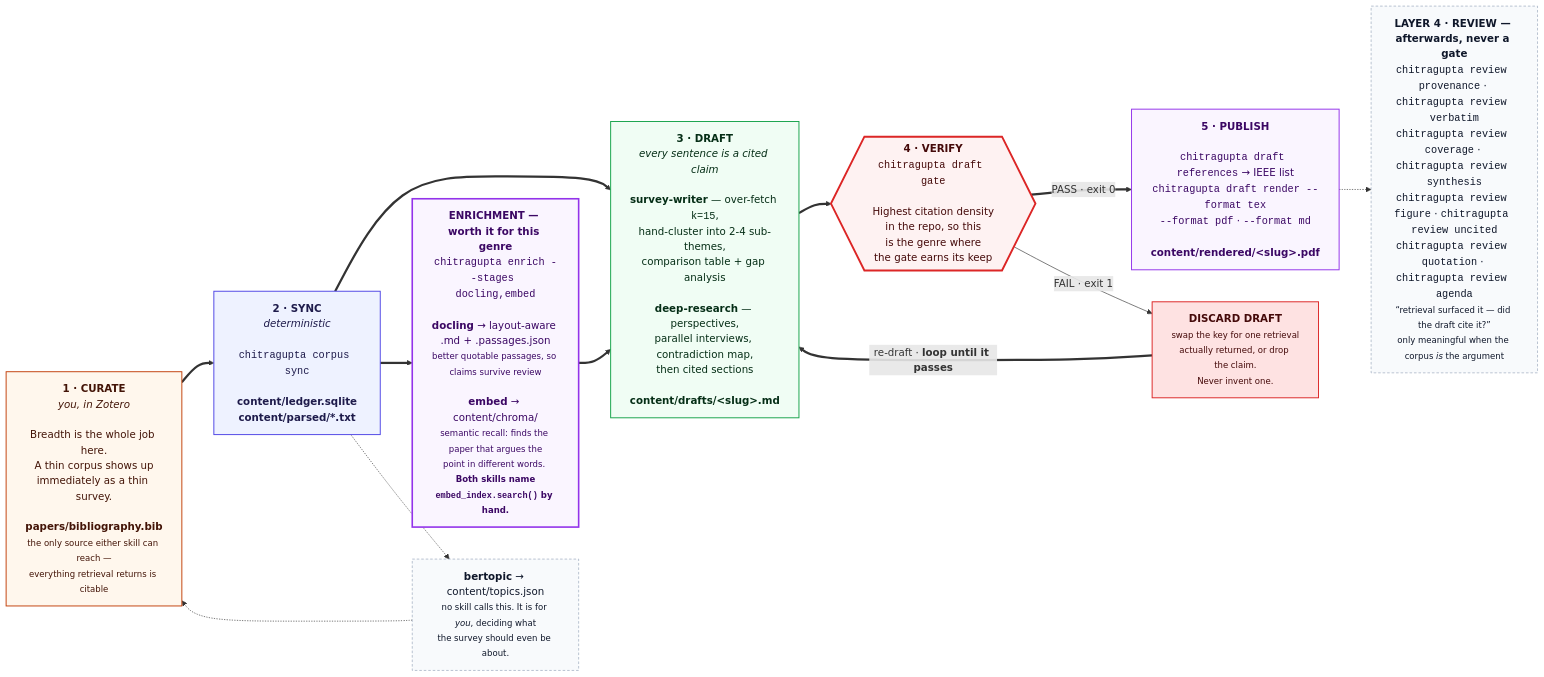
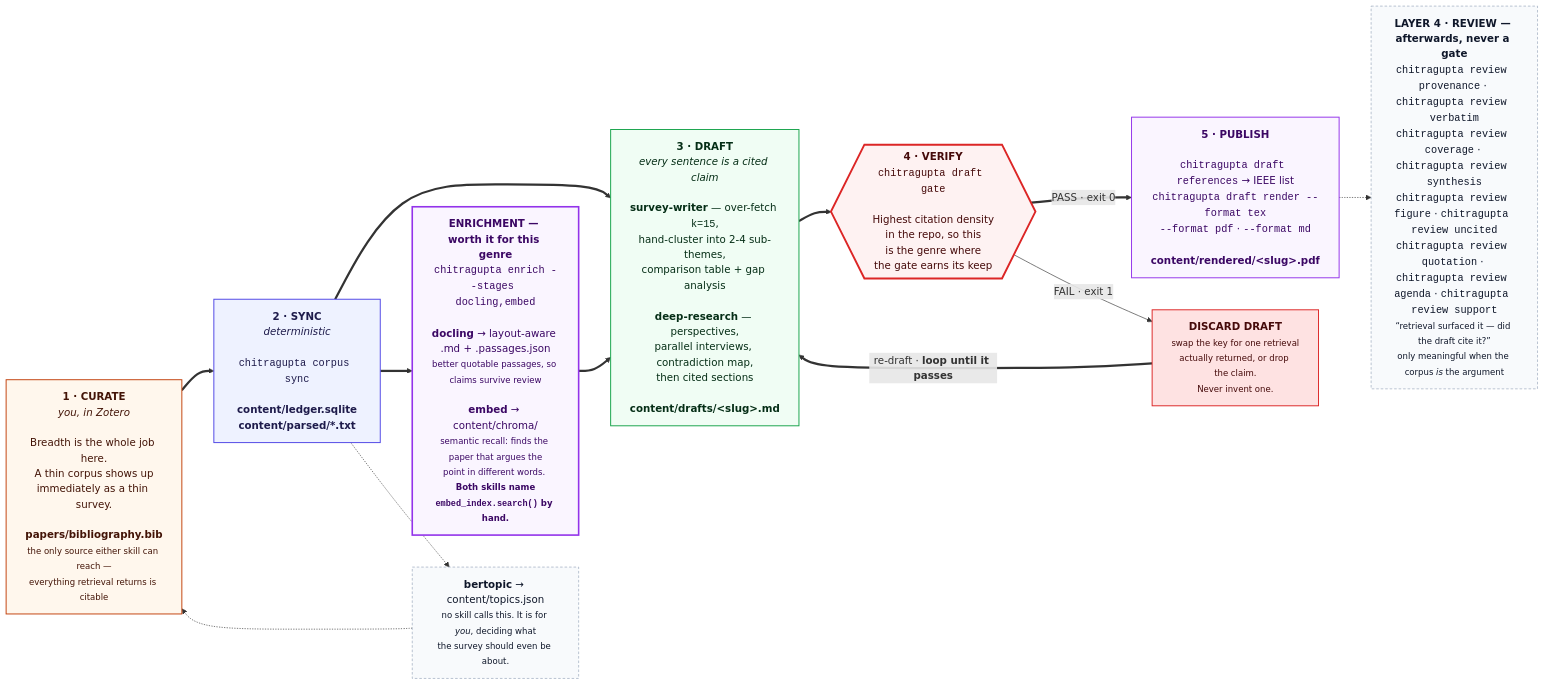
The seventh of 11 diagrams in docs/DIAGRAMS.md (prasadtalasila/chitragupta), drawn with Mermaid before and after one commit. The commit also changed other lines of this file and 19 other files, not shown here.

First line of the commit message:
Document the claim-support aid everywhere the review layer's aid count is checked

````diff
--- a/docs/DIAGRAMS.md
+++ b/docs/DIAGRAMS.md
@@ -679,47 +680,47 @@
 ```mermaid
 flowchart LR
 
   P0["<b>1 · CURATE</b><br/><i>you, in Zotero</i><br/><br/>Breadth is the whole job here.<br/>A thin corpus shows up<br/>immediately as a thin survey.<br/><br/><b>papers/bibliography.bib</b><br/><small>the only source either skill can reach —<br/>everything retrieval returns is citable</small>"]
 
   P1["<b>2 · SYNC</b><br/><i>deterministic</i><br/><br/><code>chitragupta corpus sync</code><br/><br/><b>content/ledger.sqlite</b><br/><b>content/parsed/*.txt</b>"]
 
   HEAVY["<b>ENRICHMENT — worth it for this genre</b><br/><code>chitragupta enrich --stages docling,embed</code><br/><br/><b>docling</b> → layout-aware .md + .passages.json<br/><small>better quotable passages, so claims survive review</small><br/><br/><b>embed</b> → content/chroma/<br/><small>semantic recall: finds the paper that argues the<br/>point in different words. <b>Both skills name<br/><code>embed_index.search()</code> by hand.</b></small>"]
 
   P2["<b>3 · DRAFT</b><br/><i>every sentence is a cited claim</i><br/><br/><b>survey-writer</b> — over-fetch <code>k=15</code>,<br/>hand-cluster into 2-4 sub-themes,<br/>comparison table + gap analysis<br/><br/><b>deep-research</b> — perspectives,<br/>parallel interviews, contradiction map,<br/>then cited sections<br/><br/><b>content/drafts/&lt;slug&gt;.md</b>"]
 
   P3{{"<b>4 · VERIFY</b><br/><code>chitragupta draft gate</code><br/><br/>Highest citation density<br/>in the repo, so this<br/>is the genre where<br/>the gate earns its keep"}}
 
   FIX["<b>DISCARD DRAFT</b><br/><small>swap the key for one retrieval<br/>actually returned, or drop the claim.<br/>Never invent one.</small>"]
 
   P4["<b>5 · PUBLISH</b><br/><br/><code>chitragupta draft references</code> → IEEE list<br/><code>chitragupta draft render --format tex</code><br/><code>--format pdf</code> · <code>--format md</code><br/><br/><b>content/rendered/&lt;slug&gt;.pdf</b>"]
 
-  AID["<b>LAYER 4 · REVIEW — afterwards, never a gate</b><br/><code>chitragupta review provenance</code> · <code>chitragupta review verbatim</code><br/><code>chitragupta review coverage</code> · <code>chitragupta review synthesis</code><br/><code>chitragupta review figure</code> · <code>chitragupta review uncited</code><br/><code>chitragupta review quotation</code> · <code>chitragupta review agenda</code><br/><small>“retrieval surfaced it — did the draft cite it?”<br/>only meaningful when the corpus <i>is</i> the argument</small>"]
+  AID["<b>LAYER 4 · REVIEW — afterwards, never a gate</b><br/><code>chitragupta review provenance</code> · <code>chitragupta review verbatim</code><br/><code>chitragupta review coverage</code> · <code>chitragupta review synthesis</code><br/><code>chitragupta review figure</code> · <code>chitragupta review uncited</code><br/><code>chitragupta review quotation</code> · <code>chitragupta review agenda</code> · <code>chitragupta review support</code><br/><small>“retrieval surfaced it — did the draft cite it?”<br/>only meaningful when the corpus <i>is</i> the argument</small>"]
 
   BERT["<b>bertopic</b> → content/topics.json<br/><small>no skill calls this. It is for <i>you</i>, deciding what<br/>the survey should even be about.</small>"]
 
   P0 ==> P1 ==> P2 ==> P3
   P1 ==> HEAVY ==> P2
   P3 == "PASS · exit 0" ==> P4
   P3 -- "FAIL · exit 1" --> FIX
   FIX == "re-draft · <b>loop until it passes</b>" ==> P2
   P4 -.-> AID
   P1 -.-> BERT -.-> P0
 
   classDef you fill:#fff7ed,stroke:#c2410c,stroke-width:1.5px,color:#431407
   classDef det fill:#eef2ff,stroke:#4f46e5,stroke-width:1.5px,color:#1e1b4b
   classDef gen fill:#f0fdf4,stroke:#16a34a,stroke-width:1.5px,color:#052e16
   classDef gate fill:#fef2f2,stroke:#dc2626,stroke-width:3px,color:#450a0a
   classDef out fill:#faf5ff,stroke:#9333ea,stroke-width:1.5px,color:#3b0764
   classDef bad fill:#fee2e2,stroke:#dc2626,stroke-width:1.5px,color:#450a0a
   classDef heavy fill:#faf5ff,stroke:#9333ea,stroke-width:2.5px,color:#3b0764
   classDef aid fill:#f8fafc,stroke:#94a3b8,stroke-dasharray:4 3,color:#0f172a
 
   class P0 you
   class P1 det
   class P2 gen
   class P3 gate
   class P4 out
   class FIX bad
   class HEAVY heavy
   class AID,BERT aid
 ```
````
